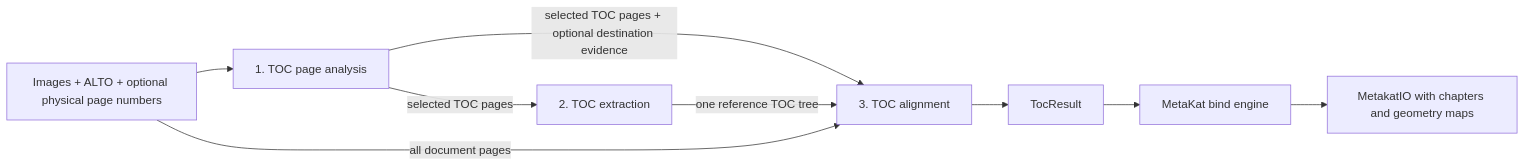
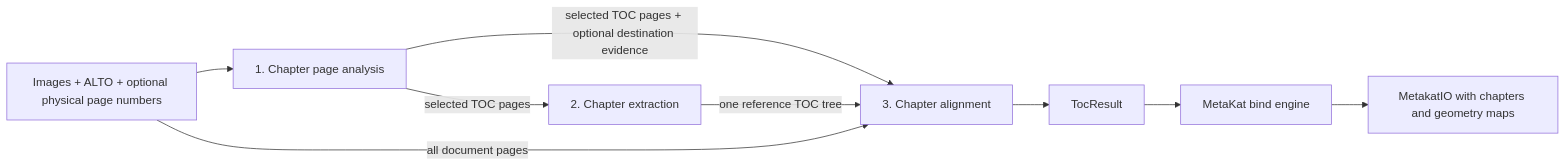
The first of 2 diagrams in metakat/chapter/README.md (DCGM/MetaKat), drawn with Mermaid before and after one commit. The commit also changed other lines of this file and 15 other files, not shown here.

Commit message:
Refactor TOC keyword to chapter.

````diff
--- a/metakat/chapter/README.md
+++ b/metakat/chapter/README.md
@@ -147,17 +147,17 @@
 ```mermaid
 flowchart LR
     P[Images + ALTO + optional physical page numbers]
-    A[1. TOC page analysis]
-    E[2. TOC extraction]
-    L[3. TOC alignment]
+    A[1. Chapter page analysis]
+    E[2. Chapter extraction]
+    L[3. Chapter alignment]
     T[TocResult]
     B[MetaKat bind engine]
     M[MetakatIO with chapters and geometry maps]
 
     P --> A
     A -- selected TOC pages --> E
     A -- selected TOC pages + optional destination evidence --> L
     E -- one reference TOC tree --> L
     P -- all document pages --> L
     L --> T --> B --> M
 ```
````
